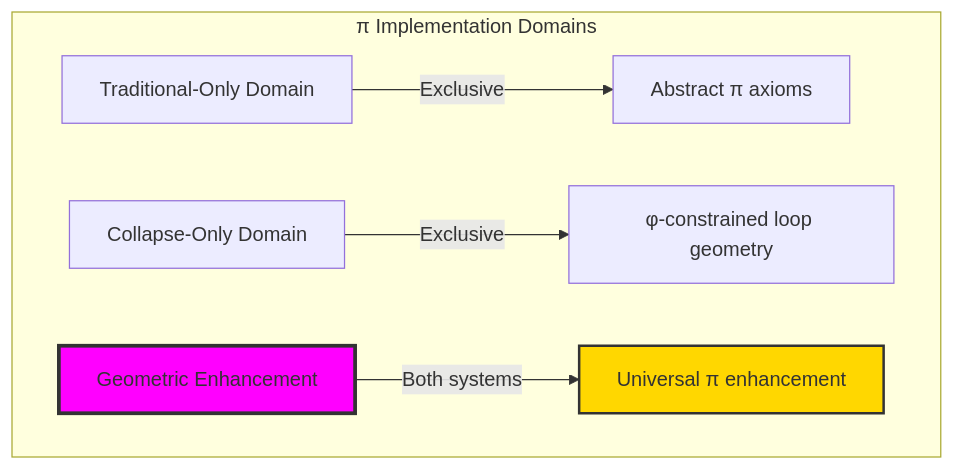
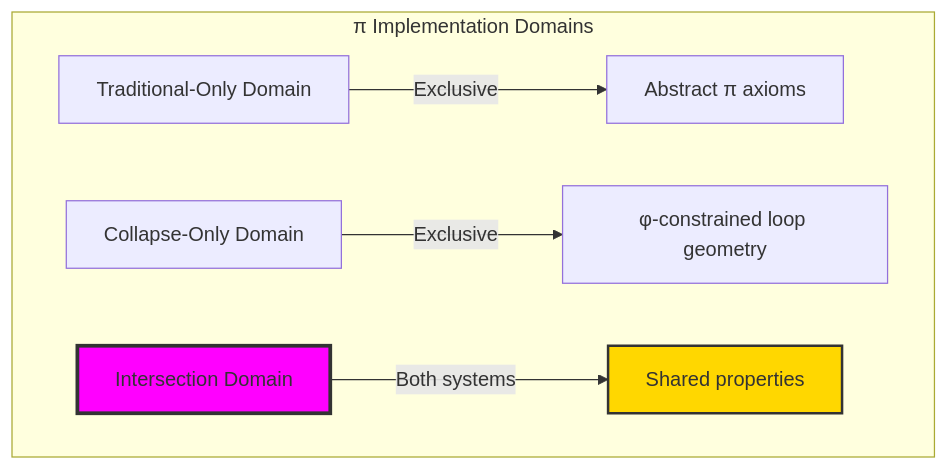
One commit to loning/the-binarymath changed the first of 8 diagrams in docs/codex/volume-05-spectral-collapse/chapter-083-pi-collapse.md. Above: the diagram before and after it, drawn with Mermaid. The commit also changed other lines of this file and 9 other files, not shown here.

````diff
--- a/docs/codex/volume-05-spectral-collapse/chapter-083-pi-collapse.md
+++ b/docs/codex/volume-05-spectral-collapse/chapter-083-pi-collapse.md
@@ -27,15 +27,15 @@
 ```mermaid
 graph TD
     subgraph "π Implementation Domains"
         TD["Traditional-Only Domain"]
         CD["Collapse-Only Domain"] 
-        INT["Geometric Enhancement"]
+        INT["Intersection Domain"]
         
         TD --> |"Exclusive"| ABSTRACT["Abstract π axioms"]
         CD --> |"Exclusive"| STRUCTURAL["φ-constrained loop geometry"]
-        INT --> |"Both systems"| UNIVERSAL["Universal π enhancement"]
+        INT --> |"Both systems"| UNIVERSAL["Shared properties"]
         
         style INT fill:#f0f,stroke:#333,stroke-width:3px
         style UNIVERSAL fill:#ffd700,stroke:#333,stroke-width:2px
     end
 ```
````
